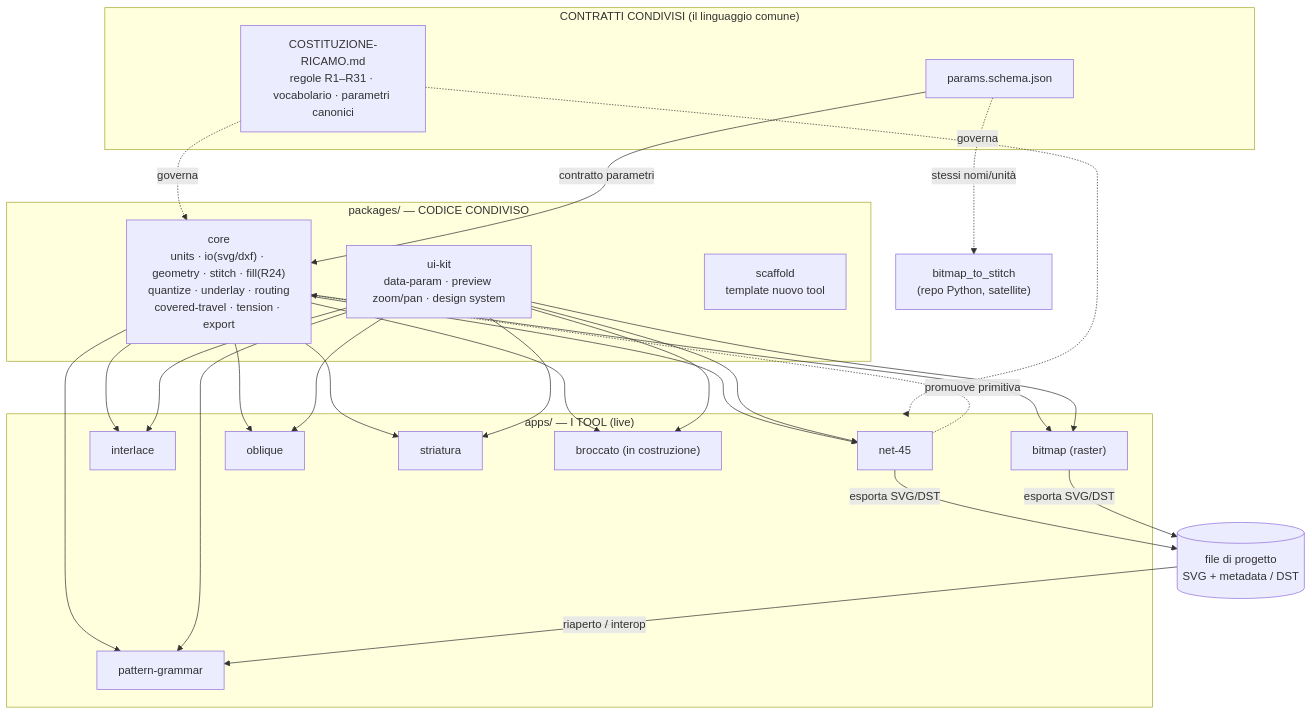
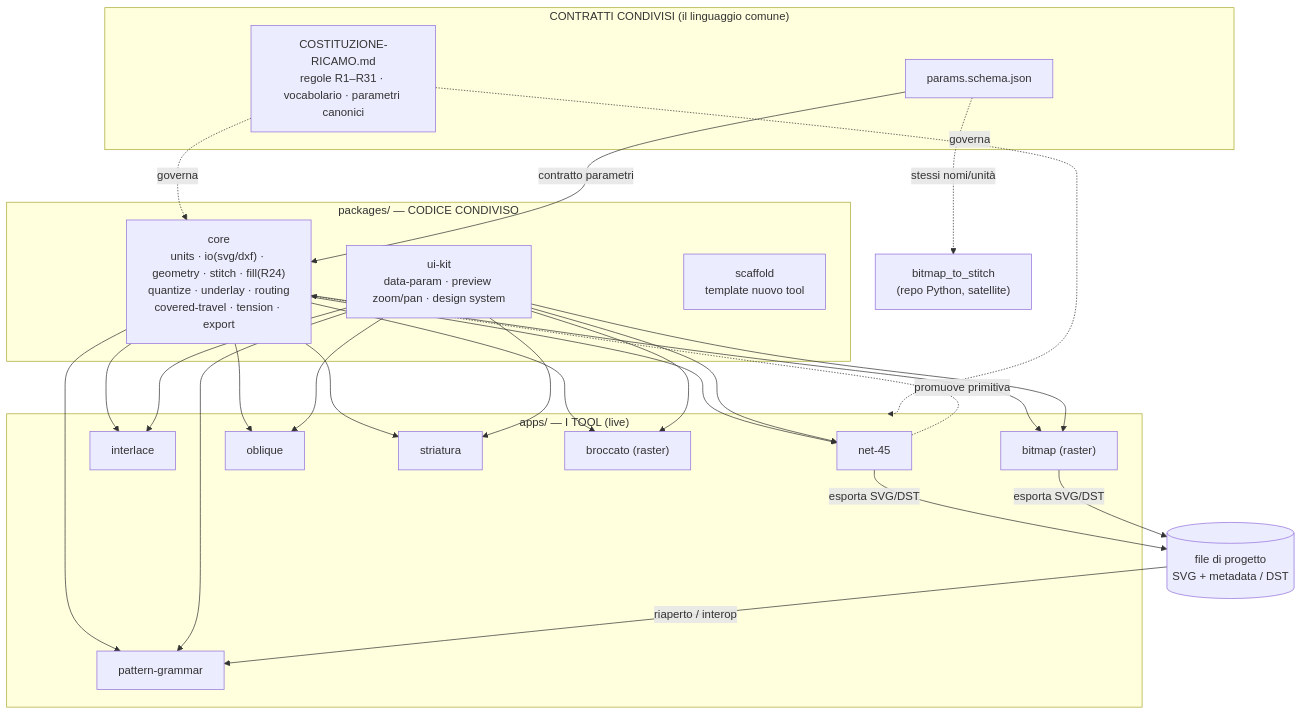
Before and after one commit to LorenzoErcoli/RG-EMBROIDERY-TOOLS-SUITE: the diagram in ARCHITETTURA.md, drawn with Mermaid. The commit also changed other lines of this file and 8 other files, not shown here.

````diff
--- a/ARCHITETTURA.md
+++ b/ARCHITETTURA.md
@@ -26,39 +26,39 @@
 ```mermaid
 graph TD
   subgraph Contratti["CONTRATTI CONDIVISI (il linguaggio comune)"]
     COST["COSTITUZIONE-RICAMO.md<br/>regole R1–R31 · vocabolario · parametri canonici"]
     SCHEMA["params.schema.json"]
   end
 
   subgraph Packages["packages/ — CODICE CONDIVISO"]
     CORE["core<br/>units · io(svg/dxf) · geometry · stitch · fill(R24)<br/>quantize · underlay · routing<br/>covered-travel · tension · export"]
     UIKIT["ui-kit<br/>data-param · preview zoom/pan · design system"]
     SCAFFOLD["scaffold<br/>template nuovo tool"]
   end
 
   subgraph Apps["apps/ — I TOOL (live)"]
     N45["net-45"]
     PG["pattern-grammar"]
     ILC["interlace"]
     BMP["bitmap (raster)"]
     OBQ["oblique"]
     STR["striatura"]
-    BRC["broccato (in costruzione)"]
+    BRC["broccato (raster)"]
   end
 
   BITMAP["bitmap_to_stitch<br/>(repo Python, satellite)"]
   PROJ[("file di progetto<br/>SVG + metadata / DST")]
 
   COST -. governa .-> CORE
   COST -. governa .-> Apps
   SCHEMA -->|contratto parametri| CORE
   SCHEMA -. stessi nomi/unità .-> BITMAP
 
   CORE --> N45 & PG & ILC & BMP & OBQ & STR & BRC
   UIKIT --> N45 & PG & ILC & BMP & OBQ & STR & BRC
   N45 -. promuove primitiva .-> CORE
 
   N45 -->|esporta SVG/DST| PROJ
   BMP -->|esporta SVG/DST| PROJ
   PROJ -->|riaperto / interop| PG
 ```
````
